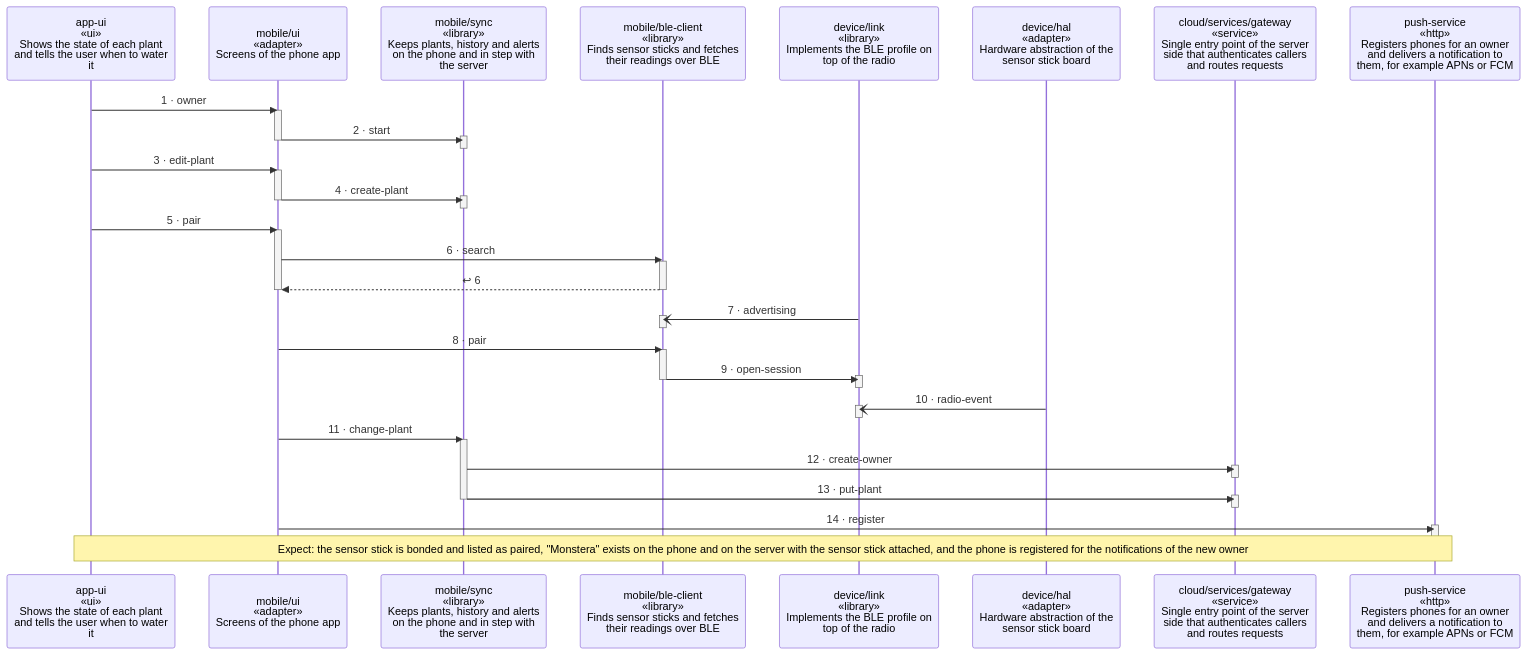
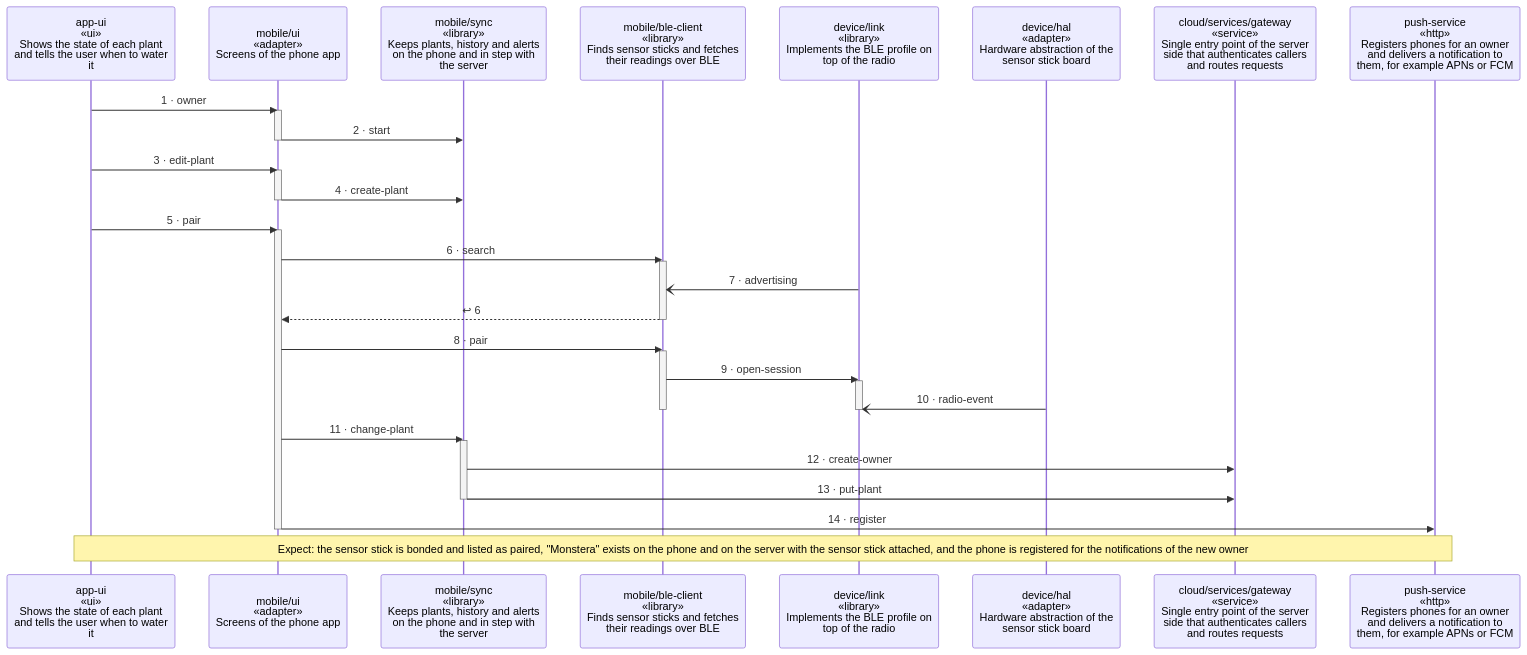
One commit to wackazong/unifold changed the diagram in examples/plantwatch/docs/diagrams/scenario-first-plant.md. Above: the diagram before and after it, drawn with Mermaid. The commit also changed other lines of this file and 23 other files, not shown here.

````diff
--- a/examples/plantwatch/docs/diagrams/scenario-first-plant.md
+++ b/examples/plantwatch/docs/diagrams/scenario-first-plant.md
@@ -12,60 +12,46 @@
 ```mermaid
 ---
 config:
   sequence:
     height: 108
 ---
 sequenceDiagram
   participant papp_dui as app-ui<br/>«ui»<br/>Shows the state of each plant<br/>and tells the user when to water<br/>it
   participant pmobile__ui as mobile/ui<br/>«adapter»<br/>Screens of the phone app
   participant pmobile__sync as mobile/sync<br/>«library»<br/>Keeps plants, history and alerts<br/>on the phone and in step with<br/>the server
   participant pmobile__ble_dclient as mobile/ble-client<br/>«library»<br/>Finds sensor sticks and fetches<br/>their readings over BLE
   participant pdevice__link as device/link<br/>«library»<br/>Implements the BLE profile on<br/>top of the radio
   participant pdevice__hal as device/hal<br/>«adapter»<br/>Hardware abstraction of the<br/>sensor stick board
   participant pcloud__services__gateway as cloud/services/gateway<br/>«service»<br/>Single entry point of the server<br/>side that authenticates callers<br/>and routes requests
   participant ppush_dservice as push-service<br/>«http»<br/>Registers phones for an owner<br/>and delivers a notification to<br/>them, for example APNs or FCM
   papp_dui->>pmobile__ui: 1 · owner
   activate pmobile__ui
   pmobile__ui->>pmobile__sync: 2 · start
-  activate pmobile__sync
-  deactivate pmobile__sync
   deactivate pmobile__ui
   papp_dui->>pmobile__ui: 3 · edit-plant
   activate pmobile__ui
   pmobile__ui->>pmobile__sync: 4 · create-plant
-  activate pmobile__sync
-  deactivate pmobile__sync
   deactivate pmobile__ui
   papp_dui->>pmobile__ui: 5 · pair
   activate pmobile__ui
   pmobile__ui->>pmobile__ble_dclient: 6 · search
   activate pmobile__ble_dclient
+  pdevice__link-)pmobile__ble_dclient: 7 · advertising
   pmobile__ble_dclient-->>pmobile__ui: ↩ 6
-  deactivate pmobile__ble_dclient
-  deactivate pmobile__ui
-  pdevice__link-)pmobile__ble_dclient: 7 · advertising
-  activate pmobile__ble_dclient
   deactivate pmobile__ble_dclient
   pmobile__ui->>pmobile__ble_dclient: 8 · pair
   activate pmobile__ble_dclient
   pmobile__ble_dclient->>pdevice__link: 9 · open-session
   activate pdevice__link
+  pdevice__hal-)pdevice__link: 10 · radio-event
   deactivate pdevice__link
   deactivate pmobile__ble_dclient
-  pdevice__hal-)pdevice__link: 10 · radio-event
-  activate pdevice__link
-  deactivate pdevice__link
   pmobile__ui->>pmobile__sync: 11 · change-plant
   activate pmobile__sync
   pmobile__sync->>pcloud__services__gateway: 12 · create-owner
-  activate pcloud__services__gateway
-  deactivate pcloud__services__gateway
   pmobile__sync->>pcloud__services__gateway: 13 · put-plant
-  activate pcloud__services__gateway
-  deactivate pcloud__services__gateway
   deactivate pmobile__sync
   pmobile__ui->>ppush_dservice: 14 · register
-  activate ppush_dservice
-  deactivate ppush_dservice
+  deactivate pmobile__ui
   Note over papp_dui,ppush_dservice: wrap: Expect: the sensor stick is bonded and listed as paired, #quot;Monstera#quot; exists on the phone and on the server with the sensor stick attached, and the phone is registered for the notifications of the new owner
 ```
````
